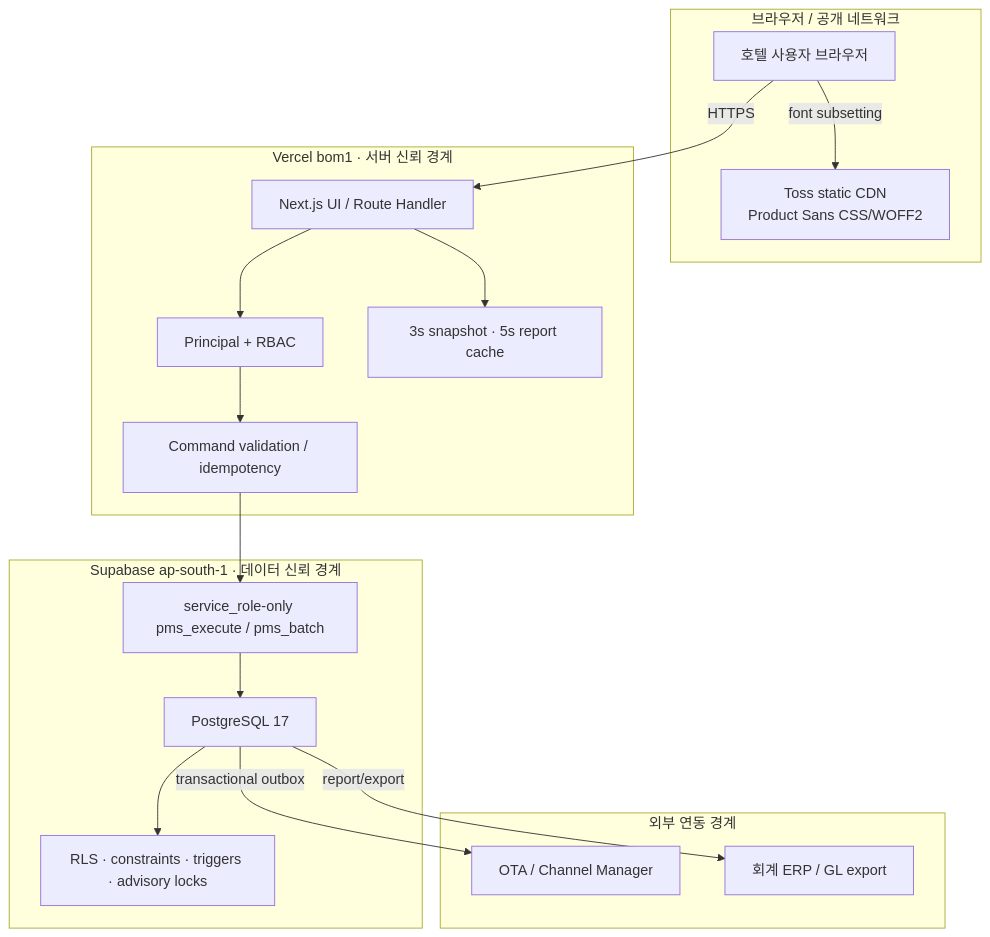
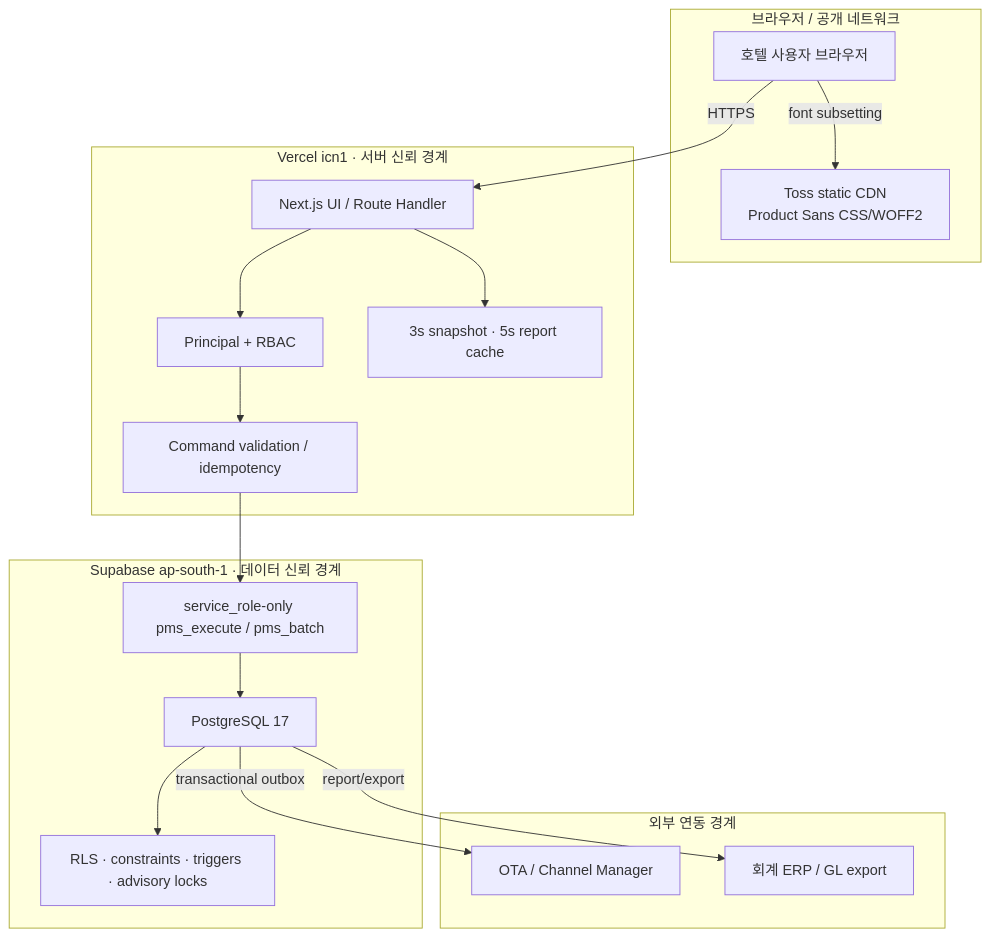
The third of 6 diagrams in README.md (sksmsrkk-glitch/Aurora_PMS), drawn with Mermaid before and after one commit. The commit also changed other lines of this file and 1 other file, not shown here.

````diff
--- a/README.md
+++ b/README.md
@@ -175,28 +175,28 @@
 ```mermaid
 flowchart TB
   subgraph Public["브라우저 / 공개 네트워크"]
     BROWSER["호텔 사용자 브라우저"]
     TOSSCDN["Toss static CDN\nProduct Sans CSS/WOFF2"]
   end
-  subgraph Vercel["Vercel bom1 · 서버 신뢰 경계"]
+  subgraph Vercel["Vercel icn1 · 서버 신뢰 경계"]
     NEXT["Next.js UI / Route Handler"]
     AUTH["Principal + RBAC"]
     COMMAND["Command validation / idempotency"]
     CACHE["3s snapshot · 5s report cache"]
   end
   subgraph Supabase["Supabase ap-south-1 · 데이터 신뢰 경계"]
     RPC["service_role-only pms_execute / pms_batch"]
     PG["PostgreSQL 17"]
     RULES["RLS · constraints · triggers · advisory locks"]
   end
   subgraph External["외부 연동 경계"]
     CHANNEL["OTA / Channel Manager"]
     ERP["회계 ERP / GL export"]
   end
   BROWSER -->|HTTPS| NEXT
   BROWSER -->|font subsetting| TOSSCDN
   NEXT --> AUTH --> COMMAND --> RPC --> PG --> RULES
   NEXT --> CACHE
   PG -->|transactional outbox| CHANNEL
   PG -->|report/export| ERP
 ```
````
